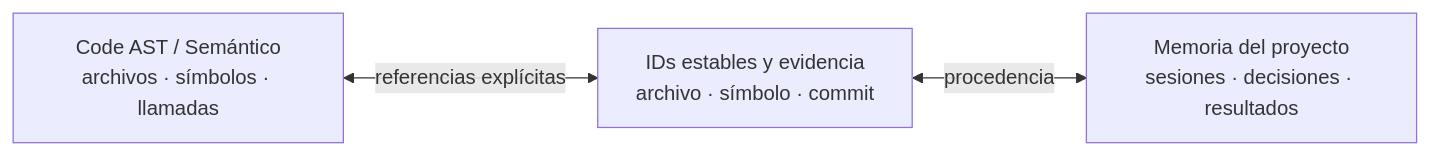
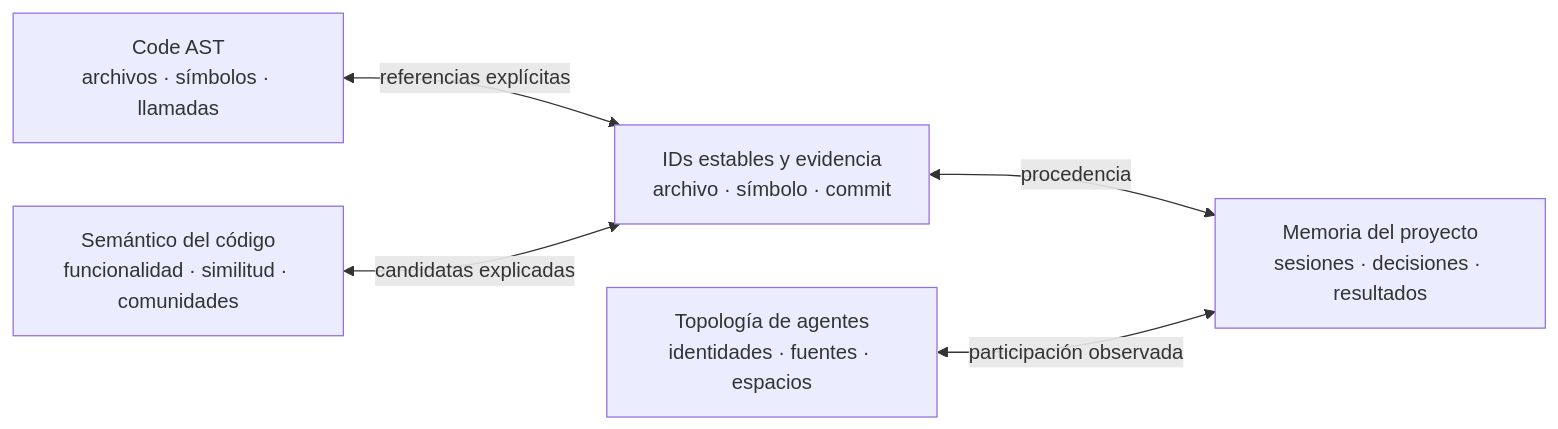
Before and after one commit to CaleroAM/graphtyn: the second of 5 diagrams in docs/ARCHITECTURE.md, drawn with Mermaid. The commit also changed other lines of this file and 52 other files, not shown here.

First line of the commit message:
release: prepare Graphtyn 0.8.0 candidate (#5)

````diff
--- a/docs/ARCHITECTURE.md
+++ b/docs/ARCHITECTURE.md
@@ -131,7 +135,11 @@
 ```mermaid
 flowchart LR
-  CODE[Code AST / Semántico<br/>archivos · símbolos · llamadas]
+  CODE[Code AST<br/>archivos · símbolos · llamadas]
+  SEM[Semántico del código<br/>funcionalidad · similitud · comunidades]
   LINK[IDs estables y evidencia<br/>archivo · símbolo · commit]
   MEM[Memoria del proyecto<br/>sesiones · decisiones · resultados]
+  TOPO[Topología de agentes<br/>identidades · fuentes · espacios]
   CODE <-->|referencias explícitas| LINK <-->|procedencia| MEM
+  SEM <-->|candidatas explicadas| LINK
+  TOPO <-->|participación observada| MEM
 ```
````
